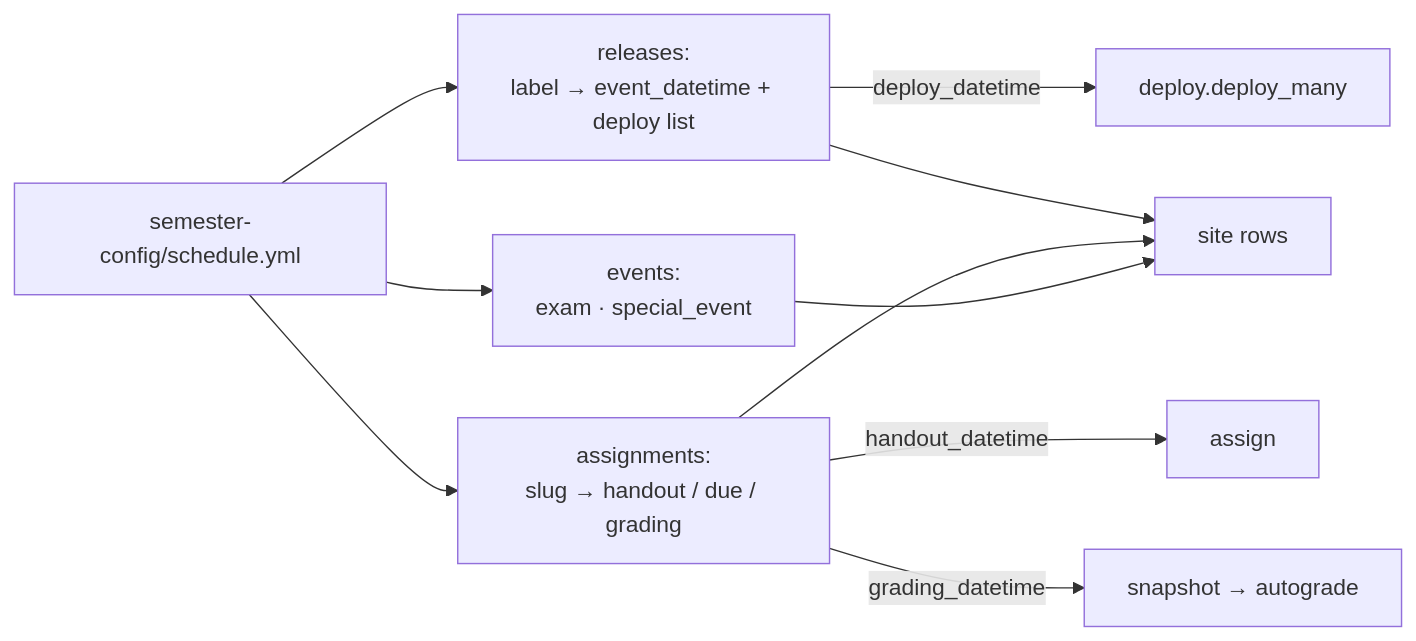
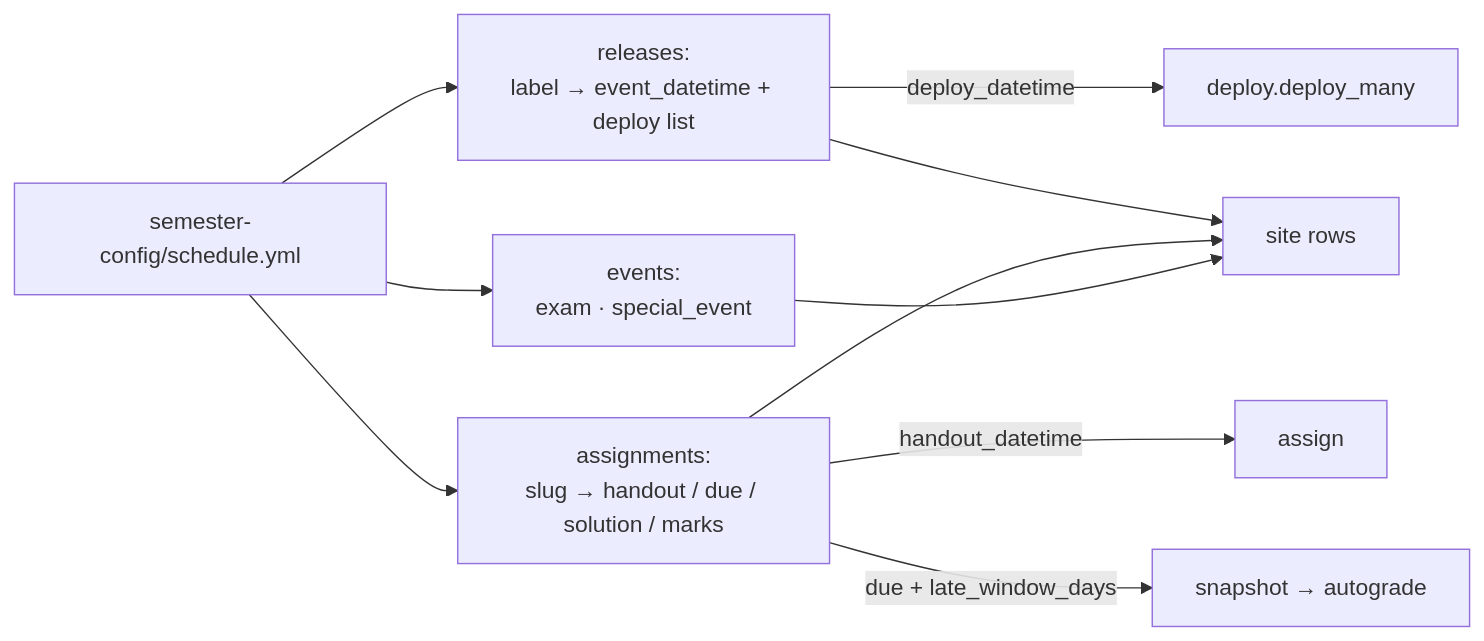
The seventh of 10 diagrams in docs-admin-arch/architecture.md (hertie-data-science-lab/dsl-teaching-toolkit), drawn with Mermaid before and after one commit. The commit also changed other lines of this file and 8 other files, not shown here.

````diff
--- a/docs-admin-arch/architecture.md
+++ b/docs-admin-arch/architecture.md
@@ -342,16 +342,16 @@
 ```mermaid
 flowchart LR
   s["semester-config/schedule.yml"]
   s --> r["`releases:
 label → event_datetime + deploy list`"]
   s --> a["`assignments:
-slug → handout / due / grading`"]
+slug → handout / due / solution / marks`"]
   s --> e["`events:
 exam · special_event`"]
   r -->|"deploy_datetime"| dep["deploy.deploy_many"]
   a -->|"handout_datetime"| asg["assign"]
-  a -->|"grading_datetime"| col["snapshot → autograde"]
+  a -->|"due + late_window_days"| col["snapshot → autograde"]
   r --> site["site rows"]
   a --> site
   e --> site
 ```
````
